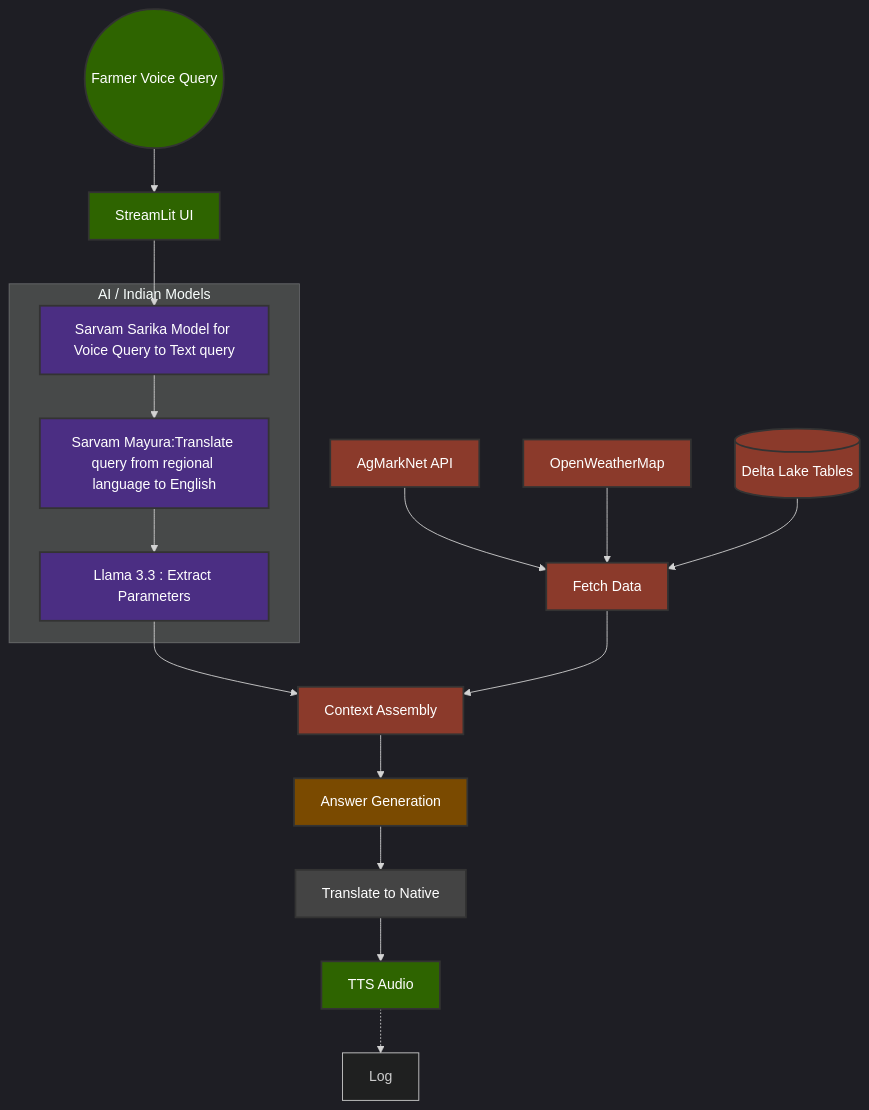
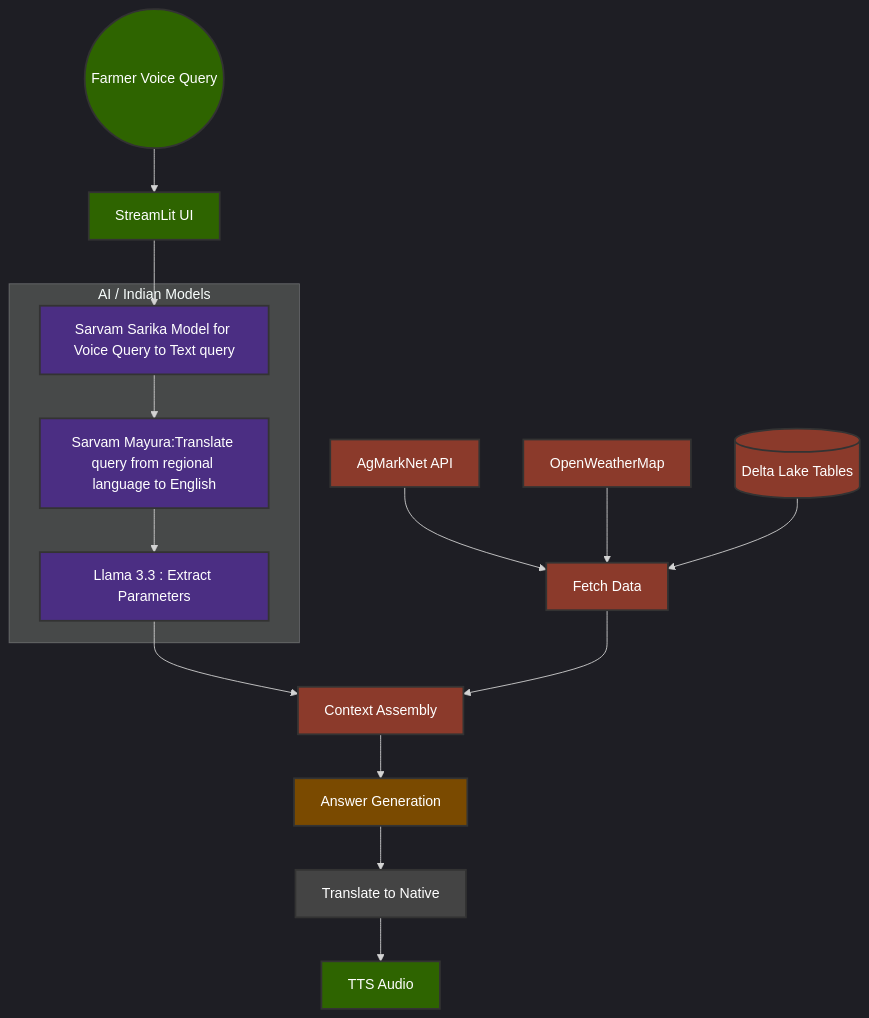
Before and after one commit to amrit-chau-han/kisanvaani: the diagram in README.md, drawn with Mermaid.

````diff
--- a/README.md
+++ b/README.md
@@ -16,41 +16,39 @@
 ```mermaid
 graph TD
     %%{init: {'theme': 'dark', 'flowchart': {'rankSpacing': 50, 'nodeSpacing': 50}}}%%
     %% Define Styles to match your SVG colors
     classDef ai fill:#4b2e83,color:#fff,stroke:#333,stroke-width:2px;
     classDef data fill:#8b3a2b,color:#fff,stroke:#333,stroke-width:2px;
     classDef io fill:#2e6400,color:#fff,stroke:#333,stroke-width:2px;
     classDef gen fill:#7a4a00,color:#fff,stroke:#333,stroke-width:2px;
     classDef util fill:#444,color:#fff,stroke:#333,stroke-width:2px;
 
 
     %% Main Flow
     Farmer((Farmer Voice Query)):::io --> UI[StreamLit UI]:::io
     UI --> STT[Sarvam Sarika Model for Voice Query to Text query]:::ai
     STT --> Param[Sarvam Mayura:Translate query from regional language to English]:::ai
     Param --> TransEN[Llama 3.3 : Extract Parameters]:::ai
 
     %% Data Layer
     AgMark[AgMarkNet API]:::data --> Fetch[Fetch Data]:::data
     Weather[OpenWeatherMap]:::data --> Fetch
     Tables[(Delta Lake Tables)]:::data --> Fetch
     
     TransEN --> Context[Context Assembly]:::data
     Fetch --> Context
     
     Context --> Gen[Answer Generation]:::gen
     Gen --> TransNative[Translate to Native]:::util
     
     
     TransNative --> TTS[TTS Audio]:::io
     
-   
-    TTS -.-> Log
     
     %% Assigning groups
     subgraph AI_Layer [AI / Indian Models]
         STT
         Param
         TransEN
     end
 ```
````
